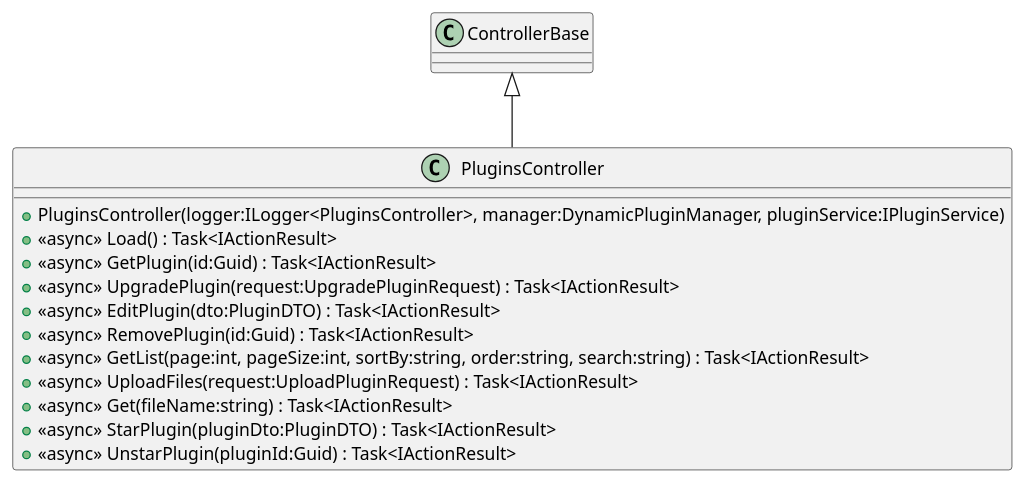
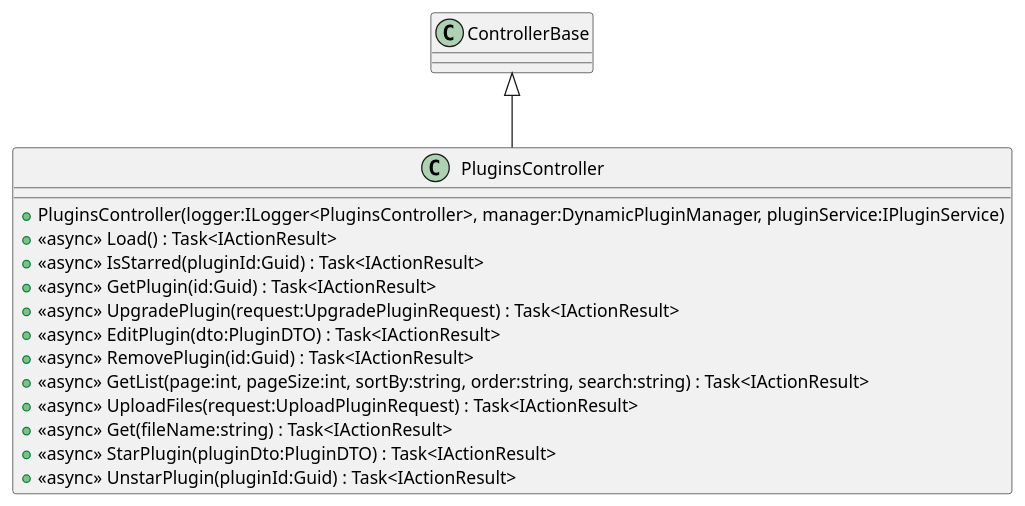
Before and after one commit to cutehusky/SoftwareDesignProject: the diagram in Main/Doc/Controllers/PluginsController.puml, drawn with PlantUML. The commit also changed 58 other files, not shown here.

```diff
--- a/Main/Doc/Controllers/PluginsController.puml
+++ b/Main/Doc/Controllers/PluginsController.puml
@@ -1,16 +1,17 @@
 @startuml
 class PluginsController {
     + PluginsController(logger:ILogger<PluginsController>, manager:DynamicPluginManager, pluginService:IPluginService)
     + <<async>> Load() : Task<IActionResult>
+    + <<async>> IsStarred(pluginId:Guid) : Task<IActionResult>
     + <<async>> GetPlugin(id:Guid) : Task<IActionResult>
     + <<async>> UpgradePlugin(request:UpgradePluginRequest) : Task<IActionResult>
     + <<async>> EditPlugin(dto:PluginDTO) : Task<IActionResult>
     + <<async>> RemovePlugin(id:Guid) : Task<IActionResult>
     + <<async>> GetList(page:int, pageSize:int, sortBy:string, order:string, search:string) : Task<IActionResult>
     + <<async>> UploadFiles(request:UploadPluginRequest) : Task<IActionResult>
     + <<async>> Get(fileName:string) : Task<IActionResult>
     + <<async>> StarPlugin(pluginDto:PluginDTO) : Task<IActionResult>
     + <<async>> UnstarPlugin(pluginId:Guid) : Task<IActionResult>
 }
 ControllerBase <|-- PluginsController
 @enduml
```
